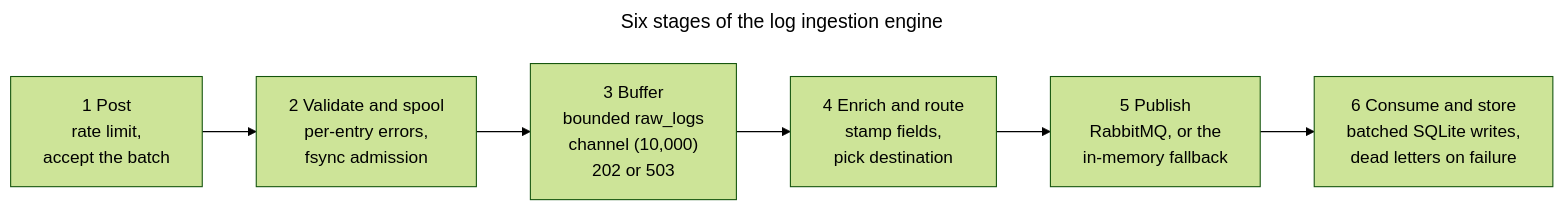
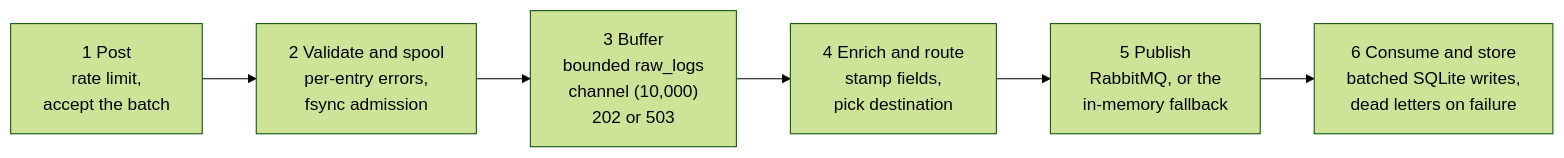
One commit to johneliud/log_ingestion_engine changed the diagram in docs/stages.mmd. Above: the diagram before and after it, drawn with Mermaid (forest theme).

Commit message:
docs: remove the front matter from the stages diagram.

```diff
--- a/docs/stages.mmd
+++ b/docs/stages.mmd
@@ -1,12 +1,9 @@
----
-title: "Six stages of the log ingestion engine"
----
 flowchart LR
     post["1 Post<br/>rate limit,<br/>accept the batch"]
     validate["2 Validate and spool<br/>per-entry errors,<br/>fsync admission"]
     buffer["3 Buffer<br/>bounded raw_logs<br/>channel (10,000)<br/>202 or 503"]
     enrichRoute["4 Enrich and route<br/>stamp fields,<br/>pick destination"]
     publish["5 Publish<br/>RabbitMQ, or the<br/>in-memory fallback"]
     store["6 Consume and store<br/>batched SQLite writes,<br/>dead letters on failure"]
 
     post --> validate --> buffer --> enrichRoute --> publish --> store
```
